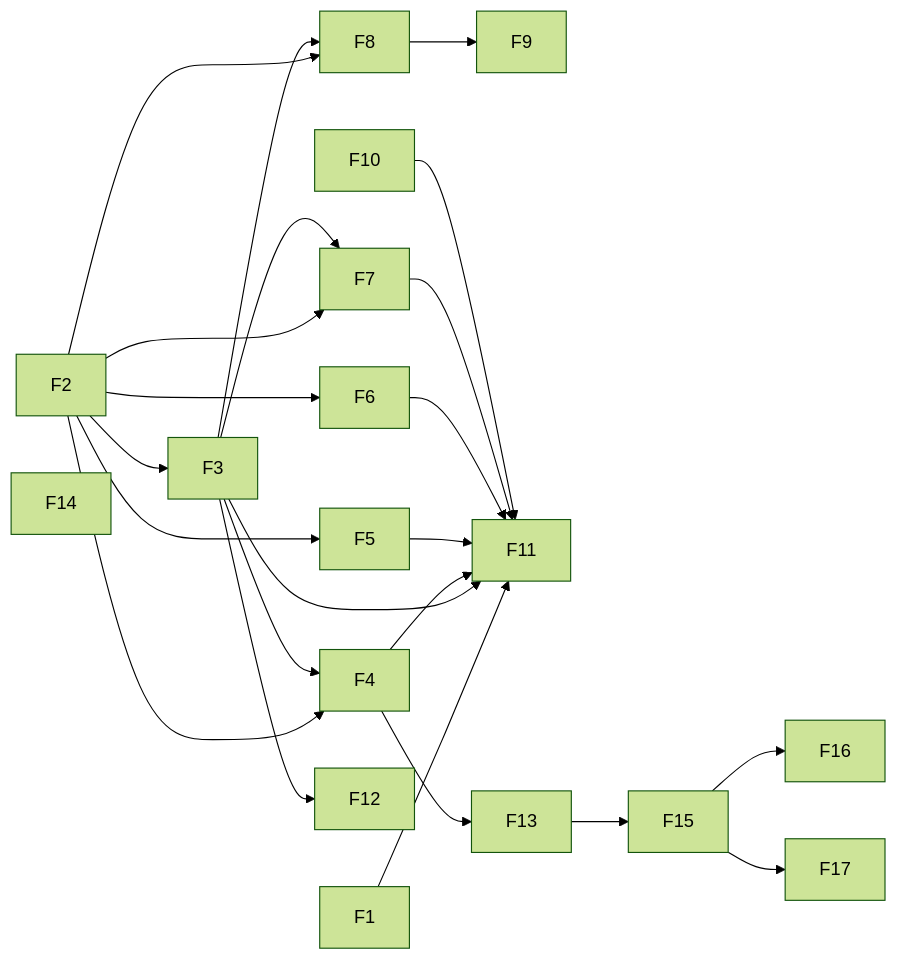
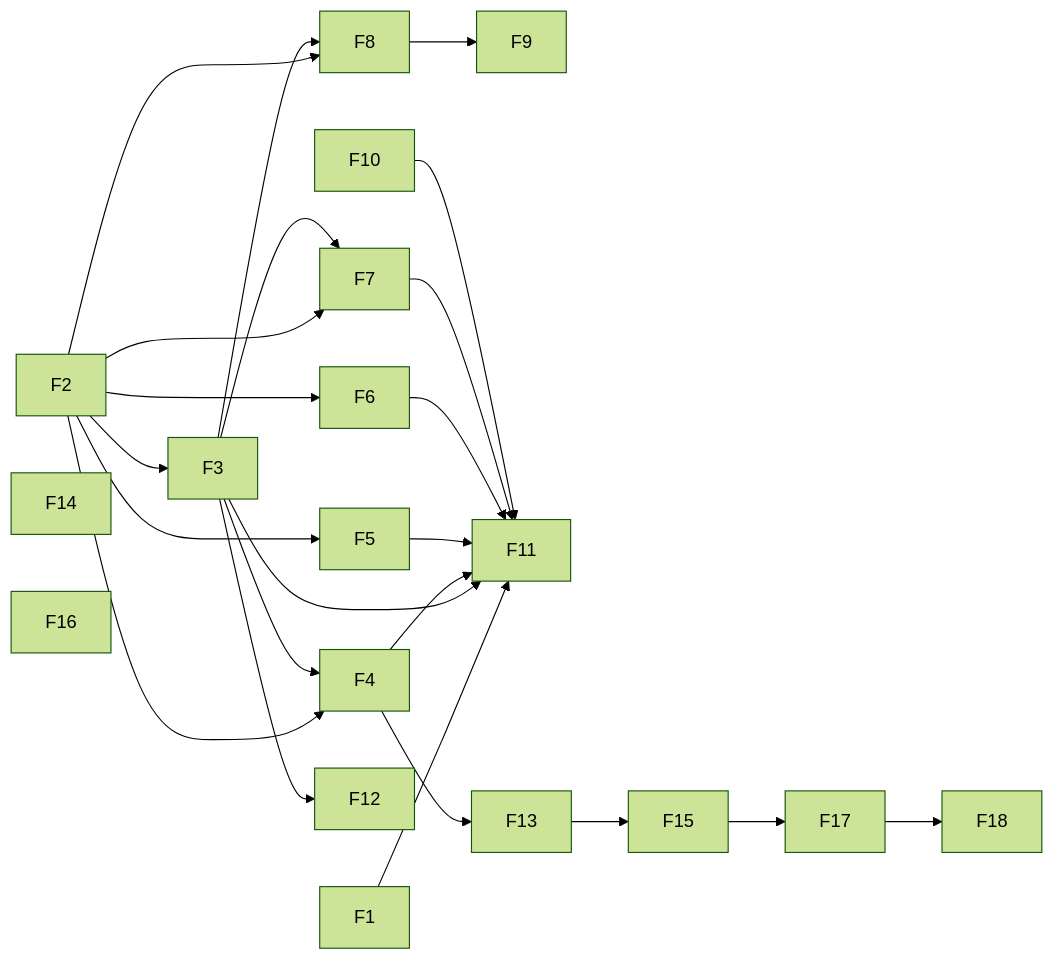
One commit to jhoblitt/rgw-go changed the third of 10 diagrams in docs/superpowers/plans/2026-10-13-phase-2/dependencies.md. Above: the diagram before and after it, drawn with Mermaid (forest theme). The commit also changed other lines of this file, not shown here.

Commit message:
docs(plan): regenerate the dependency graph for F18

````diff
--- a/docs/superpowers/plans/2026-10-13-phase-2/dependencies.md
+++ b/docs/superpowers/plans/2026-10-13-phase-2/dependencies.md
@@ -67,59 +67,61 @@
 ```mermaid
 flowchart LR
   t_F1["F1"]
   t_F2["F2"]
   t_F3["F3"]
   t_F4["F4"]
   t_F5["F5"]
   t_F6["F6"]
   t_F7["F7"]
   t_F8["F8"]
   t_F9["F9"]
   t_F10["F10"]
   t_F11["F11"]
   t_F12["F12"]
   t_F13["F13"]
   t_F14["F14"]
   t_F15["F15"]
   t_F16["F16"]
   t_F17["F17"]
+  t_F18["F18"]
   t_F2 --> t_F3
   t_F2 --> t_F4
   t_F3 --> t_F4
   t_F2 --> t_F5
   t_F2 --> t_F6
   t_F2 --> t_F7
   t_F3 --> t_F7
   t_F2 --> t_F8
   t_F3 --> t_F8
   t_F8 --> t_F9
   t_F1 --> t_F11
   t_F3 --> t_F11
   t_F4 --> t_F11
   t_F5 --> t_F11
   t_F6 --> t_F11
   t_F7 --> t_F11
   t_F10 --> t_F11
   t_F3 --> t_F12
   t_F4 --> t_F13
   t_F13 --> t_F15
-  t_F15 --> t_F16
   t_F15 --> t_F17
+  t_F17 --> t_F18
   click t_F1 href "https://github.com/jhoblitt/rgw-go/blob/main/docs/superpowers/plans/2026-10-13-phase-2/F-floor-19.2.7.md#task-f1-docs-the-specs-squid-floor-is-v1927" "F1: docs, the spec's Squid floor is v19.2.7"
   click t_F2 href "https://github.com/jhoblitt/rgw-go/blob/main/docs/superpowers/plans/2026-10-13-phase-2/F-floor-19.2.7.md#task-f2-docs-the-registry-at-v1927" "F2: docs, the registry at v19.2.7"
   click t_F3 href "https://github.com/jhoblitt/rgw-go/blob/main/docs/superpowers/plans/2026-10-13-phase-2/F-floor-19.2.7.md#task-f3-docs-the-exclusions-at-v1927" "F3: docs, the exclusions at v19.2.7"
   click t_F4 href "https://github.com/jhoblitt/rgw-go/blob/main/docs/superpowers/plans/2026-10-13-phase-2/F-floor-19.2.7.md#task-f4-auth-an-unsigned-content-type-and-x-amz-content-sha256-once-shown-safe" "F4: auth, an unsigned Content-Type and x-amz-content-sha256, once shown safe"
   click t_F5 href "https://github.com/jhoblitt/rgw-go/blob/main/docs/superpowers/plans/2026-10-13-phase-2/F-floor-19.2.7.md#task-f5-driver-a-re-sent-completion-answers-the-stored-etag-on-both-releases" "F5: driver, a re-sent completion answers the stored ETag on both releases"
   click t_F6 href "https://github.com/jhoblitt/rgw-go/blob/main/docs/superpowers/plans/2026-10-13-phase-2/F-floor-19.2.7.md#task-f6-memstore-the-same-for-the-in-memory-store" "F6: memstore, the same for the in-memory store"
   click t_F7 href "https://github.com/jhoblitt/rgw-go/blob/main/docs/superpowers/plans/2026-10-13-phase-2/F-floor-19.2.7.md#task-f7-driver-a-reshard-guard-that-meets-a-missing-shard-re-reads-the-bucket-and-retries" "F7: driver, a reshard guard that meets a missing shard re-reads the bucket and retries"
   click t_F8 href "https://github.com/jhoblitt/rgw-go/blob/main/docs/superpowers/plans/2026-10-13-phase-2/F-floor-19.2.7.md#task-f8-meta-rgwobjectlock-typed-and-the-bucket-instance-json-carries-obj_lock" "F8: meta, RGWObjectLock typed, and the bucket instance JSON carries obj_lock"
   click t_F9 href "https://github.com/jhoblitt/rgw-go/blob/main/docs/superpowers/plans/2026-10-13-phase-2/F-floor-19.2.7.md#task-f9-driver-a-bucket-instance-put-takes-a-documents-obj_lock" "F9: driver, a bucket instance put takes a document's obj_lock"
   click t_F10 href "https://github.com/jhoblitt/rgw-go/blob/main/docs/superpowers/plans/2026-10-13-phase-2/F-floor-19.2.7.md#task-f10-hackgoldens-v1927s-ceph-dencoder-by-default" "F10: hack/goldens, v19.2.7's ceph-dencoder by default"
   click t_F11 href "https://github.com/jhoblitt/rgw-go/blob/main/docs/superpowers/plans/2026-10-13-phase-2/F-floor-19.2.7.md#task-f11-ops-and-parity-squids-pin-bumped-and-radosgws-squid-ledgers-re-recorded" "F11: ops and parity, Squid's pin bumped and radosgw's Squid ledgers re-recorded"
   click t_F12 href "https://github.com/jhoblitt/rgw-go/blob/main/docs/superpowers/plans/2026-10-13-phase-2/F-floor-19.2.7.md#task-f12-driver-guardheads-instance-exemption-on-both-releases" "F12: driver, guardHead's instance exemption on both releases"
   click t_F13 href "https://github.com/jhoblitt/rgw-go/blob/main/docs/superpowers/plans/2026-10-13-phase-2/F-floor-19.2.7.md#task-f13-auth-every-prefix-init_meta_info-renames-must-be-signed" "F13: auth, every prefix init_meta_info renames must be signed"
   click t_F14 href "https://github.com/jhoblitt/rgw-go/blob/main/docs/superpowers/plans/2026-10-13-phase-2/F-floor-19.2.7.md#task-f14-op-a-completemultipartupload-naming-a-version-answers-501" "F14: op, a CompleteMultipartUpload naming a version answers 501"
   click t_F15 href "https://github.com/jhoblitt/rgw-go/blob/main/docs/superpowers/plans/2026-10-13-phase-2/F-floor-19.2.7.md#task-f15-auth-sigv2-refuses-a-renamed-header-carrying-an-x-amz-directive" "F15: auth, SigV2 refuses a renamed header carrying an x-amz directive"
   click t_F16 href "https://github.com/jhoblitt/rgw-go/blob/main/docs/superpowers/plans/2026-10-13-phase-2/F-floor-19.2.7.md#task-f16-s3-createbucket-reads-its-object-lock-header-from-the-renamed-map" "F16: s3, CreateBucket reads its object lock header from the renamed map"
   click t_F17 href "https://github.com/jhoblitt/rgw-go/blob/main/docs/superpowers/plans/2026-10-13-phase-2/F-floor-19.2.7.md#task-f17-auth-a-sigv2-presigned-request-means-the-same-wherever-its-headerquery-split-falls" "F17: auth, a SigV2 presigned request means the same wherever its header/query split falls"
+  click t_F18 href "https://github.com/jhoblitt/rgw-go/blob/main/docs/superpowers/plans/2026-10-13-phase-2/F-floor-19.2.7.md#task-f18-auth-authz-and-s3-the-s3-api-reads-x-amz--headers-only" "F18: auth, authz and s3, the S3 API reads X-Amz- headers only"
 ```
````
